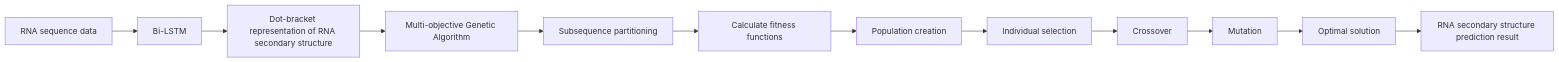
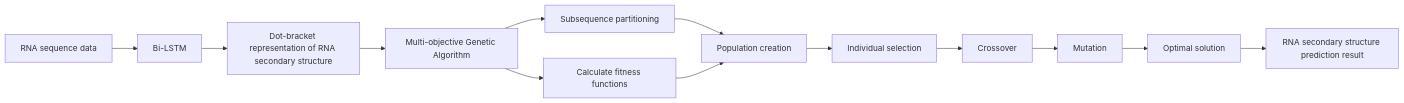
Before and after one commit to PPDPQ/MGAfold: the diagram in README.md, drawn with Mermaid.

````diff
--- a/README.md
+++ b/README.md
@@ -7,14 +7,15 @@
 ```mermaid
 graph LR
   A[RNA sequence data] --> B[Bi-LSTM]
   B --> C[Dot-bracket representation of RNA secondary structure]
   C --> D[Multi-objective Genetic Algorithm]
   D --> E[Subsequence partitioning]
-  E --> F[Calculate fitness functions]
-  F --> G[Population creation]
+  D --> F[Calculate fitness functions]
+  E --> G[Population creation]
+  F --> G
   G --> H[Individual selection]
   H --> I[Crossover]
   I --> J[Mutation]
   J --> K[Optimal solution]
   K --> L[RNA secondary structure prediction result]
 ```
````
